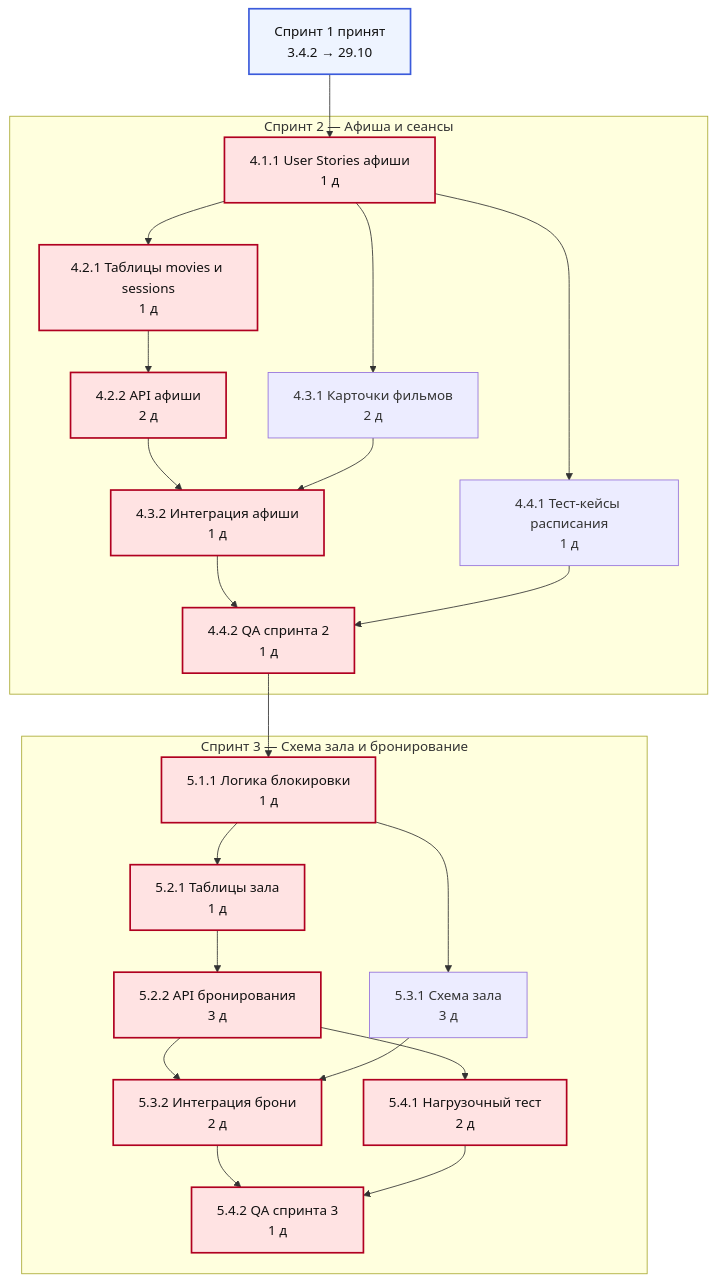
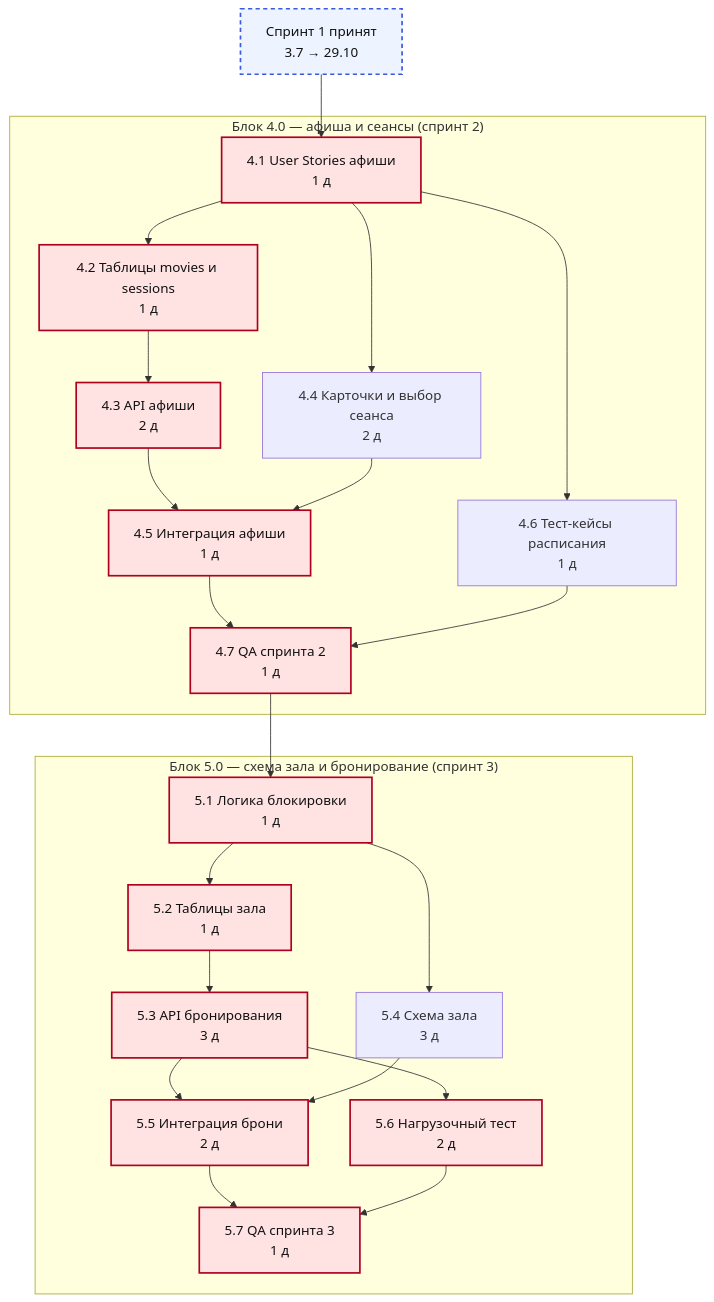
One commit to xlazyone/bileton changed the third of 6 diagrams in docs/labs/lab-06-schedule.md. Above: the diagram before and after it, drawn with Mermaid. The commit also changed other lines of this file and 2 other files, not shown here.

````diff
--- a/docs/labs/lab-06-schedule.md
+++ b/docs/labs/lab-06-schedule.md
@@ -166,43 +175,43 @@
 ```mermaid
 flowchart TB
     classDef crit fill:#ffe3e3,stroke:#b00020,stroke-width:2px,color:#111;
-    classDef gate fill:#eef4ff,stroke:#3b5bdb,stroke-width:2px,color:#111;
-    tstart["Спринт 1 принят<br/>3.4.2 → 29.10"]:::gate
-    subgraph tg3["Спринт 2 — Афиша и сеансы"]
-        t411["4.1.1 User Stories афиши<br/>1 д"]
-        t421["4.2.1 Таблицы movies и sessions<br/>1 д"]
-        t422["4.2.2 API афиши<br/>2 д"]
-        t431["4.3.1 Карточки фильмов<br/>2 д"]
-        t432["4.3.2 Интеграция афиши<br/>1 д"]
-        t441["4.4.1 Тест-кейсы расписания<br/>1 д"]
-        t442["4.4.2 QA спринта 2<br/>1 д"]
+    classDef gate fill:#eef4ff,stroke:#3b5bdb,stroke-width:2px,stroke-dasharray: 5 4,color:#111;
+    tgstart["Спринт 1 принят<br/>3.7 → 29.10"]:::gate
+    subgraph tg0["Блок 4.0 — афиша и сеансы (спринт 2)"]
+        t4_1["4.1 User Stories афиши<br/>1 д"]
+        t4_2["4.2 Таблицы movies и sessions<br/>1 д"]
+        t4_3["4.3 API афиши<br/>2 д"]
+        t4_4["4.4 Карточки и выбор сеанса<br/>2 д"]
+        t4_5["4.5 Интеграция афиши<br/>1 д"]
+        t4_6["4.6 Тест-кейсы расписания<br/>1 д"]
+        t4_7["4.7 QA спринта 2<br/>1 д"]
     end
-    subgraph tg4["Спринт 3 — Схема зала и бронирование"]
-        t511["5.1.1 Логика блокировки<br/>1 д"]
-        t521["5.2.1 Таблицы зала<br/>1 д"]
-        t522["5.2.2 API бронирования<br/>3 д"]
-        t531["5.3.1 Схема зала<br/>3 д"]
-        t532["5.3.2 Интеграция брони<br/>2 д"]
-        t541["5.4.1 Нагрузочный тест<br/>2 д"]
-        t542["5.4.2 QA спринта 3<br/>1 д"]
+    subgraph tg1["Блок 5.0 — схема зала и бронирование (спринт 3)"]
+        t5_1["5.1 Логика блокировки<br/>1 д"]
+        t5_2["5.2 Таблицы зала<br/>1 д"]
+        t5_3["5.3 API бронирования<br/>3 д"]
+        t5_4["5.4 Схема зала<br/>3 д"]
+        t5_5["5.5 Интеграция брони<br/>2 д"]
+        t5_6["5.6 Нагрузочный тест<br/>2 д"]
+        t5_7["5.7 QA спринта 3<br/>1 д"]
     end
-    tstart --> t411
-    t411 --> t421
-    t421 --> t422
-    t411 --> t431
-    t422 --> t432
-    t431 --> t432
-    t411 --> t441
-    t432 --> t442
-    t441 --> t442
-    t442 --> t511
-    t511 --> t521
-    t521 --> t522
-    t511 --> t531
-    t522 --> t532
-    t531 --> t532
-    t522 --> t541
-    t532 --> t542
-    t541 --> t542
-    class t411,t421,t422,t432,t442,t511,t521,t522,t532,t541,t542 crit;
+    tgstart --> t4_1
+    t4_1 --> t4_2
+    t4_2 --> t4_3
+    t4_1 --> t4_4
+    t4_3 --> t4_5
+    t4_4 --> t4_5
+    t4_1 --> t4_6
+    t4_5 --> t4_7
+    t4_6 --> t4_7
+    t4_7 --> t5_1
+    t5_1 --> t5_2
+    t5_2 --> t5_3
+    t5_1 --> t5_4
+    t5_3 --> t5_5
+    t5_4 --> t5_5
+    t5_3 --> t5_6
+    t5_5 --> t5_7
+    t5_6 --> t5_7
+    class t4_1,t4_2,t4_3,t4_5,t4_7,t5_1,t5_2,t5_3,t5_5,t5_6,t5_7 crit;
 ```
````
